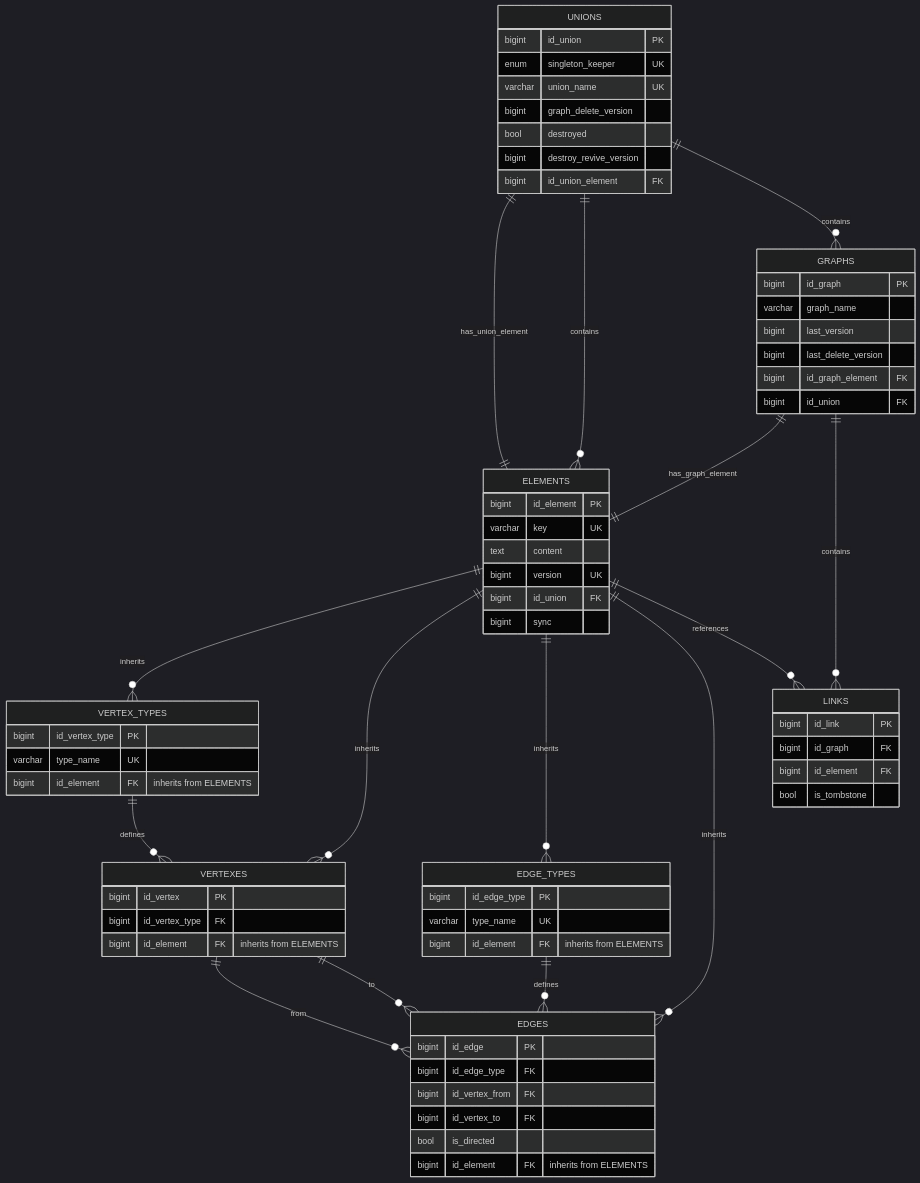
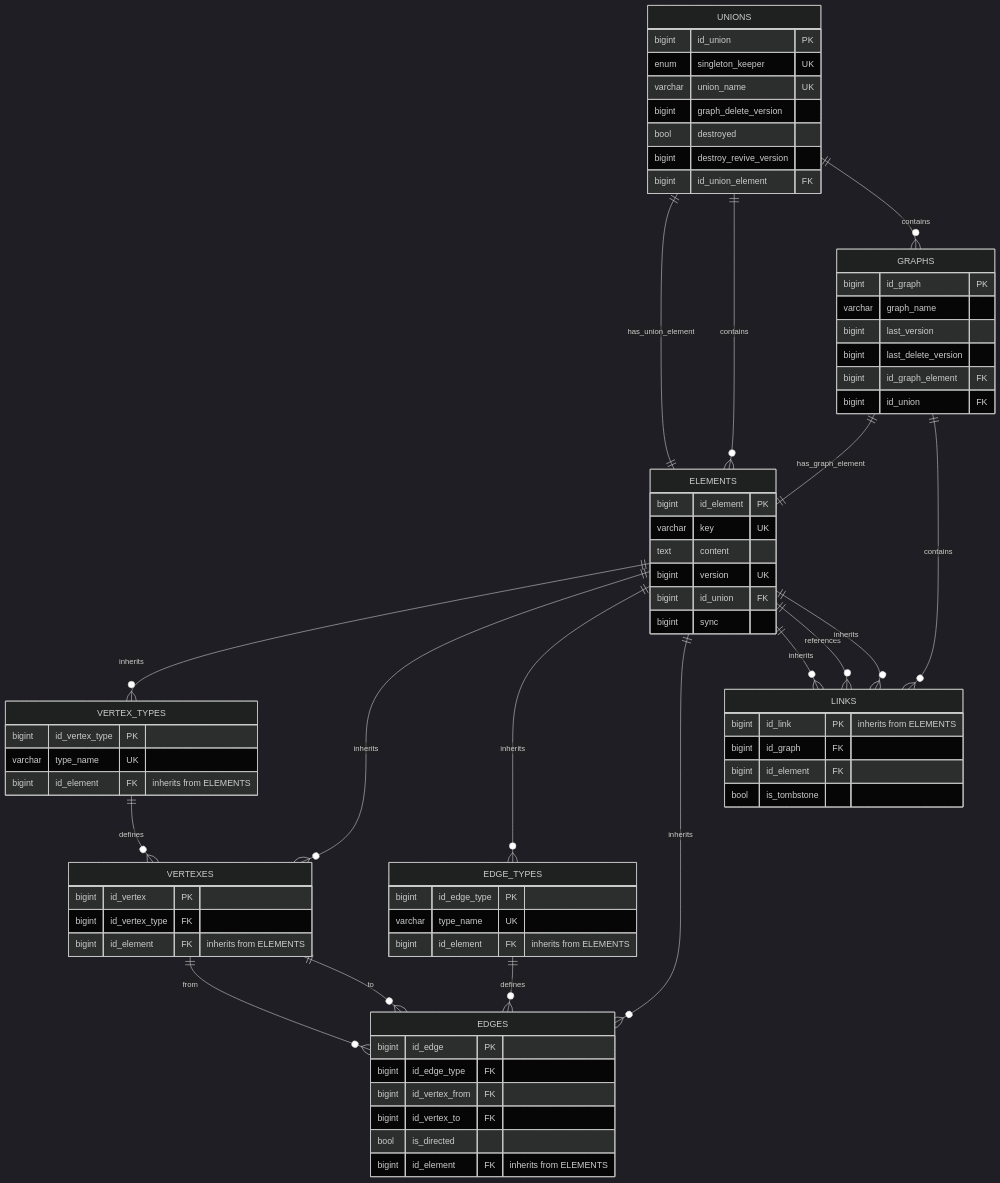
The diagram in ViUn source DB (legacy).md (flower-org/ViUn), drawn with Mermaid (dark theme) before and after one commit.

Commit message:
Update ViUn source DB (legacy).md

````diff
--- a/ViUn source DB (legacy).md
+++ b/ViUn source DB (legacy).md
@@ -5,78 +5,80 @@
 ```mermaid
 erDiagram
     UNIONS ||--|| ELEMENTS : "has_union_element"
     UNIONS ||--o{ ELEMENTS : contains
     UNIONS ||--o{ GRAPHS : contains
     UNIONS {
         bigint id_union PK
         enum singleton_keeper UK
         varchar union_name UK
         bigint graph_delete_version
         bool destroyed
         bigint destroy_revive_version
         bigint id_union_element FK
     }
 
     ELEMENTS ||--o{ VERTEX_TYPES : "inherits"
     ELEMENTS ||--o{ VERTEXES : "inherits"
     ELEMENTS ||--o{ EDGE_TYPES : "inherits"
     ELEMENTS ||--o{ EDGES : "inherits"
+    ELEMENTS ||--o{ LINKS : "inherits"
     ELEMENTS ||--o{ LINKS : references
     ELEMENTS {
         bigint id_element PK
         varchar key UK
         text content
         bigint version UK
         bigint id_union FK
         bigint sync
     }
 
     VERTEX_TYPES ||--o{ VERTEXES : "defines"
     VERTEX_TYPES {
         bigint id_vertex_type PK
         varchar type_name UK
         bigint id_element FK "inherits from ELEMENTS"
     }
 
     VERTEXES ||--o{ EDGES : "from"
     VERTEXES ||--o{ EDGES : "to"
     VERTEXES {
         bigint id_vertex PK
         bigint id_vertex_type FK
         bigint id_element FK "inherits from ELEMENTS"
     }
 
     EDGE_TYPES {
         bigint id_edge_type PK
         varchar type_name UK
         bigint id_element FK "inherits from ELEMENTS"
     }
 
     EDGE_TYPES ||--o{ EDGES : "defines"
     EDGES {
         bigint id_edge PK
         bigint id_edge_type FK
         bigint id_vertex_from FK
         bigint id_vertex_to FK
         bool is_directed
         bigint id_element FK "inherits from ELEMENTS"
     }
 
     GRAPHS ||--|| ELEMENTS : "has_graph_element"
     GRAPHS ||--o{ LINKS : contains
     GRAPHS {
         bigint id_graph PK
         varchar graph_name
         bigint last_version
         bigint last_delete_version
         bigint id_graph_element FK
         bigint id_union FK
     }
 
+    ELEMENTS ||--o{ LINKS : "inherits"
     LINKS {
-        bigint id_link PK
+        bigint id_link PK "inherits from ELEMENTS"
         bigint id_graph FK
         bigint id_element FK
         bool is_tombstone
     }
 ```
````
